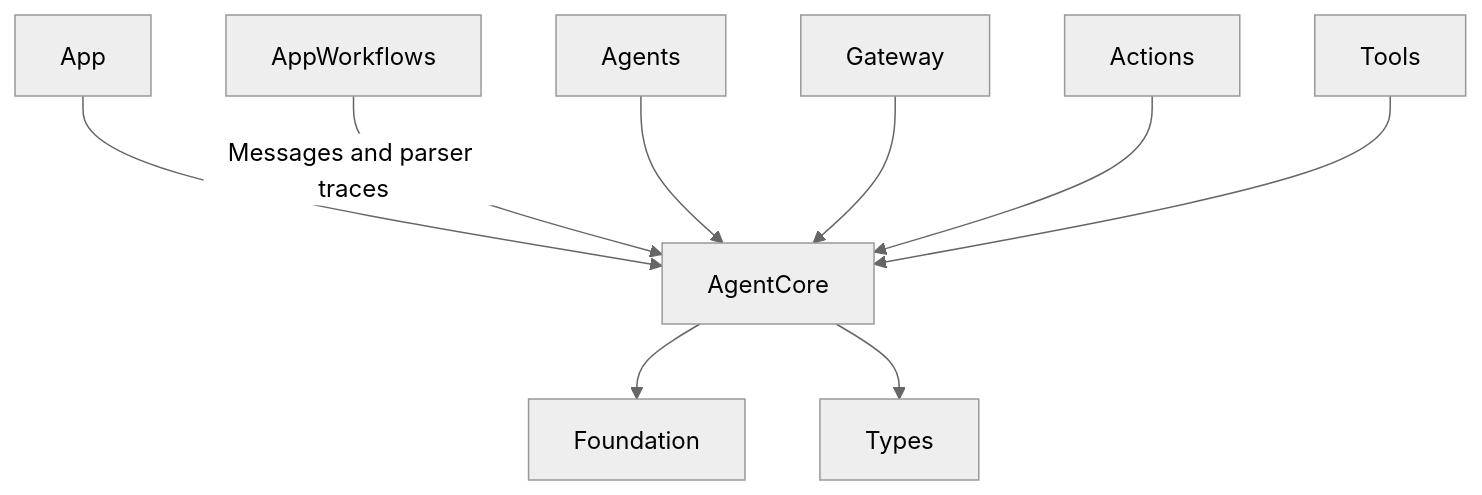
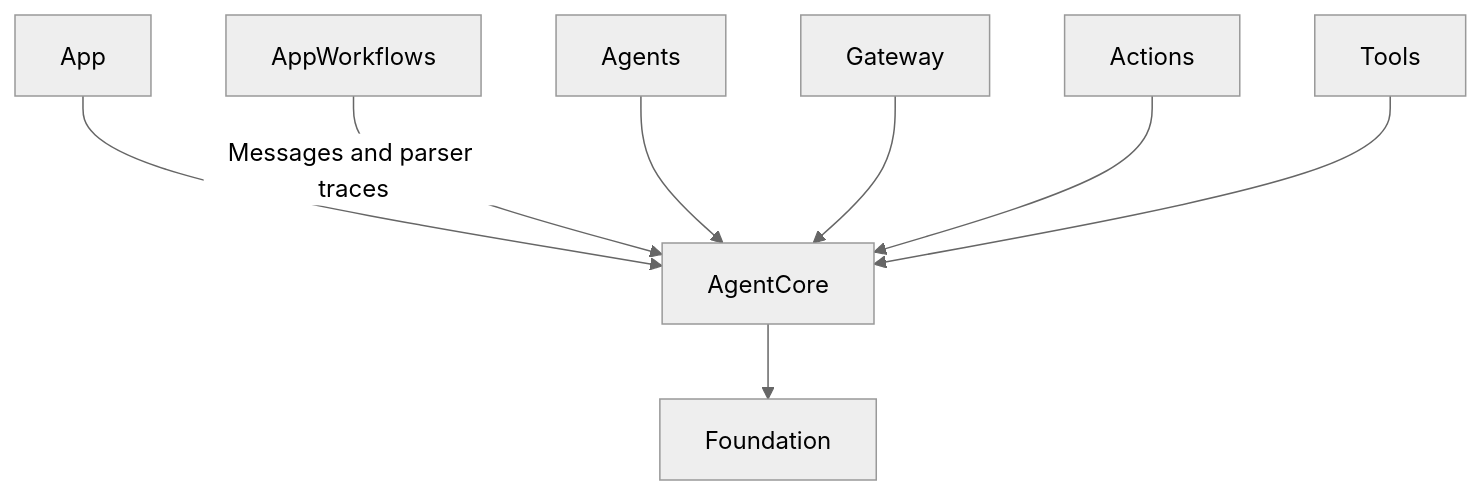
One commit to devilyouwei/MobileHarness changed the first of 2 diagrams in MobileHarness/Agents/Core/README.md. Above: the diagram before and after it, drawn with Mermaid (neutral theme). The commit also changed other lines of this file and 100 other files, not shown here.

````diff
--- a/MobileHarness/Agents/Core/README.md
+++ b/MobileHarness/Agents/Core/README.md
@@ -24,11 +25,10 @@
 ```mermaid
 flowchart TD
     App --> AgentCore
     AppWorkflows -->|Messages and parser traces| AgentCore
     Agents --> AgentCore
     Gateway --> AgentCore
     Actions --> AgentCore
     Tools --> AgentCore
     AgentCore --> Foundation
-    AgentCore --> Types
 ```
````
